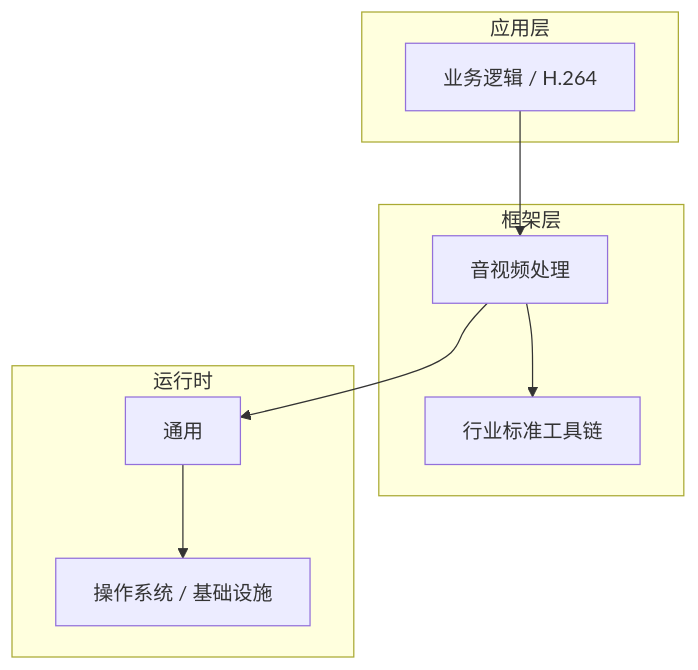
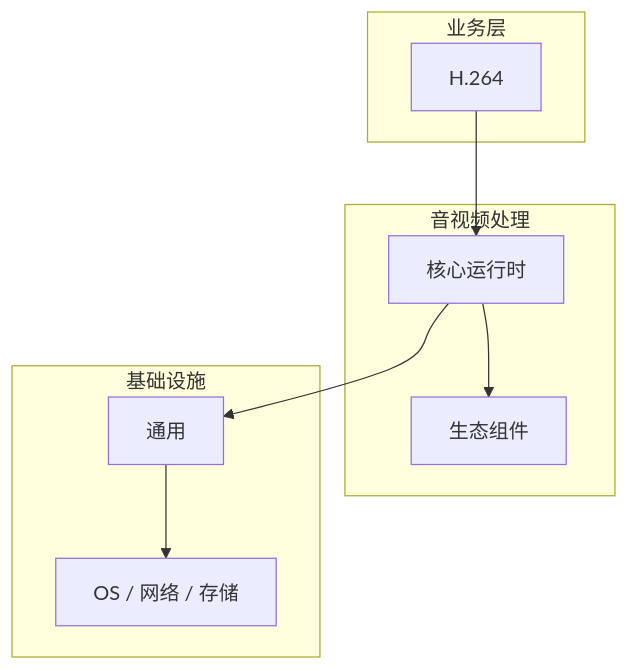
The diagram in articles/音视频处理/chapters/021-H.264核心概念与原理.md (yanggan2015/knowledge-json-v2), drawn with Mermaid before and after one commit. The commit also changed other lines of this file and 10127 other files, not shown here.

````diff
--- a/articles/音视频处理/chapters/021-H.264核心概念与原理.md
+++ b/articles/音视频处理/chapters/021-H.264核心概念与原理.md
@@ -45,18 +30,18 @@
 ```mermaid
 graph TB
-    subgraph 应用层
-        A[业务逻辑 / H.264]
+    subgraph 业务层
+        A[H.264]
     end
-    subgraph 框架层
-        B[音视频处理]
-        C[行业标准工具链]
+    subgraph 音视频处理
+        B[核心运行时]
+        C[生态组件]
     end
-    subgraph 运行时
+    subgraph 基础设施
         D[通用]
-        E[操作系统 / 基础设施]
+        E[OS / 网络 / 存储]
     end
     A --> B
     B --> C
     B --> D
     D --> E
 ```
````
